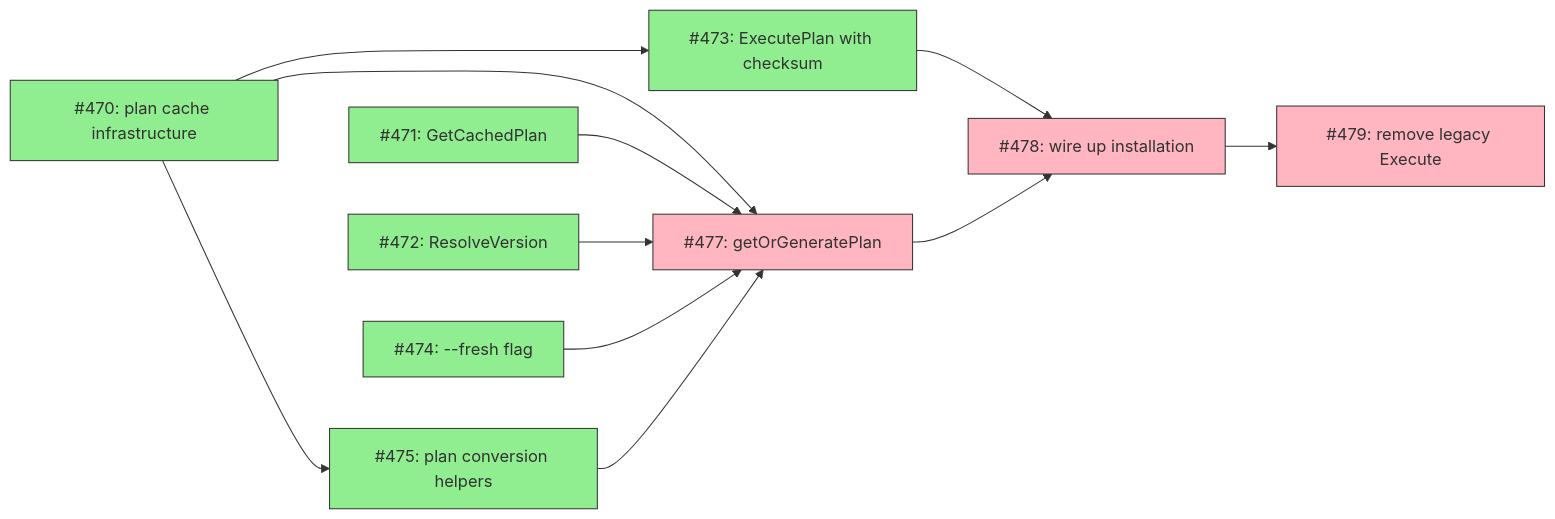
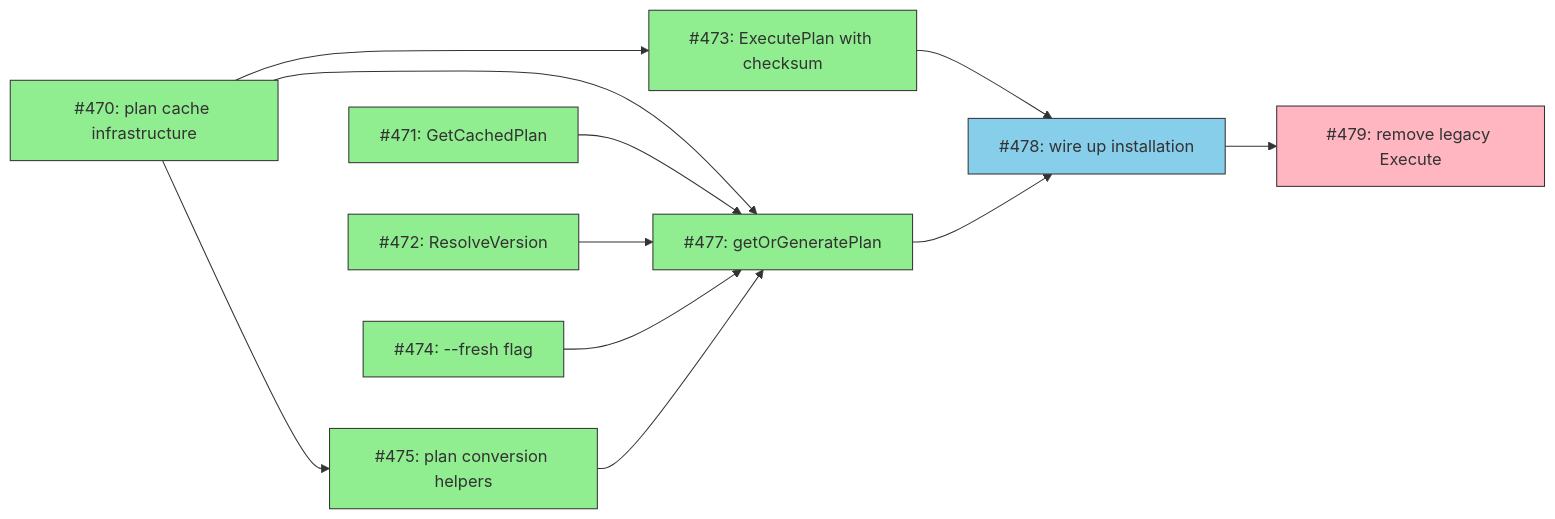
The diagram in docs/DESIGN-deterministic-execution.md (tsukumogami/tsuku), drawn with Mermaid before and after one commit. The commit also changed 2 other files, not shown here.

Commit message:
feat(cli): implement getOrGeneratePlan orchestration (#487)
## Summary

- Add `getOrGeneratePlan()` function that implements the two-phase plan
retrieval flow: version resolution (always runs), cache lookup (unless
`--fresh`), and plan generation on cache miss
- Add `planRetrievalConfig` struct to configure the orchestration flow
- Add comprehensive unit tests using interface-based dependency
injection for testability

This enables cached plan reuse when recipe hash and platform match,
reducing redundant network calls during installation.

Fixes #477

````diff
--- a/docs/DESIGN-deterministic-execution.md
+++ b/docs/DESIGN-deterministic-execution.md
@@ -27,17 +27,17 @@
 ```mermaid
 graph LR
     classDef done fill:#90EE90,stroke:#333
     classDef ready fill:#87CEEB,stroke:#333
     classDef blocked fill:#FFB6C1,stroke:#333
 
     I470[#470: plan cache infrastructure]:::done --> I473[#473: ExecutePlan with checksum]:::done
     I470 --> I475[#475: plan conversion helpers]:::done
-    I470 --> I477[#477: getOrGeneratePlan]:::blocked
+    I470 --> I477[#477: getOrGeneratePlan]:::done
     I471[#471: GetCachedPlan]:::done --> I477
     I472[#472: ResolveVersion]:::done --> I477
     I474[#474: --fresh flag]:::done --> I477
     I475 --> I477
-    I473 --> I478[#478: wire up installation]:::blocked
+    I473 --> I478[#478: wire up installation]:::ready
     I477 --> I478
     I478 --> I479[#479: remove legacy Execute]:::blocked
 ```
````
